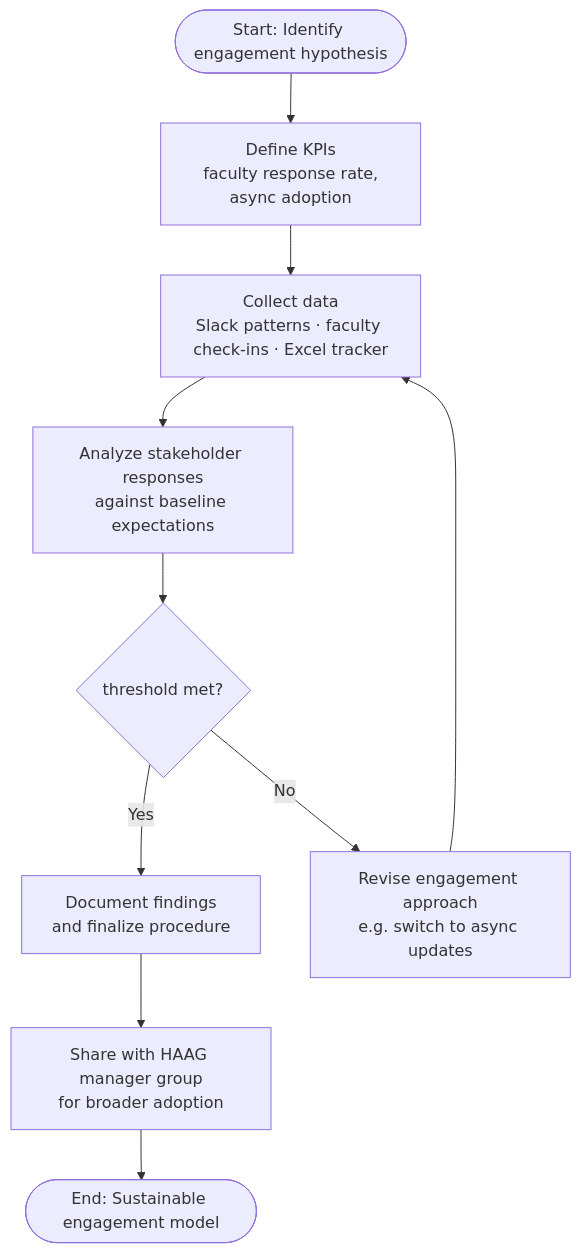
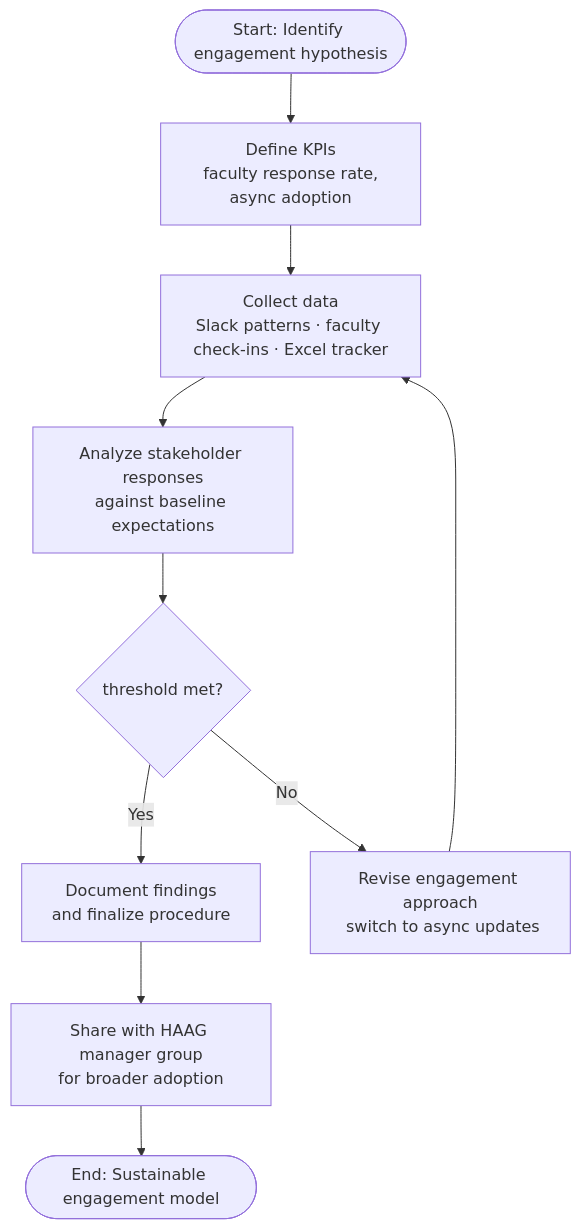
The diagram in Initiative_Mid_Semester_Report.md (kevinl2121/CS8803), drawn with Mermaid before and after one commit.

Commit message:
Fix formatting in engagement approach revision step
Corrected formatting in the engagement approach revision step.

````diff
--- a/Initiative_Mid_Semester_Report.md
+++ b/Initiative_Mid_Semester_Report.md
@@ -22,12 +22,12 @@
 ```mermaid
 flowchart TD
     A([Start: Identify engagement hypothesis]) --> B[Define KPIs\n faculty response rate, async adoption]
     B --> C[Collect data\nSlack patterns · faculty check-ins · Excel tracker]
     C --> D[Analyze stakeholder responses\nagainst baseline expectations]
     D --> E{threshold met?}
     E -- Yes --> F[Document findings\nand finalize procedure]
     F --> G[Share with HAAG manager group\nfor broader adoption]
     G --> H([End: Sustainable engagement model])
-    E -- No --> I[Revise engagement approach\ne.g. switch to async updates]
+    E -- No --> I[Revise engagement approach\n switch to async updates]
     I --> C
 ```
````
